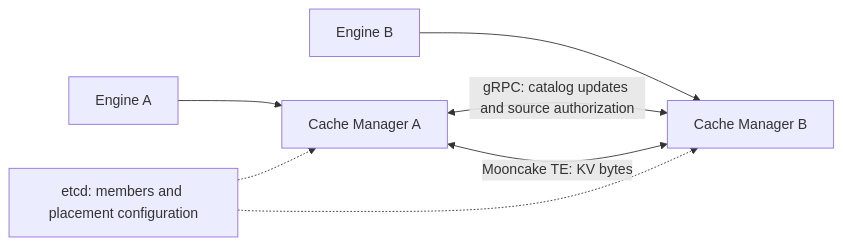
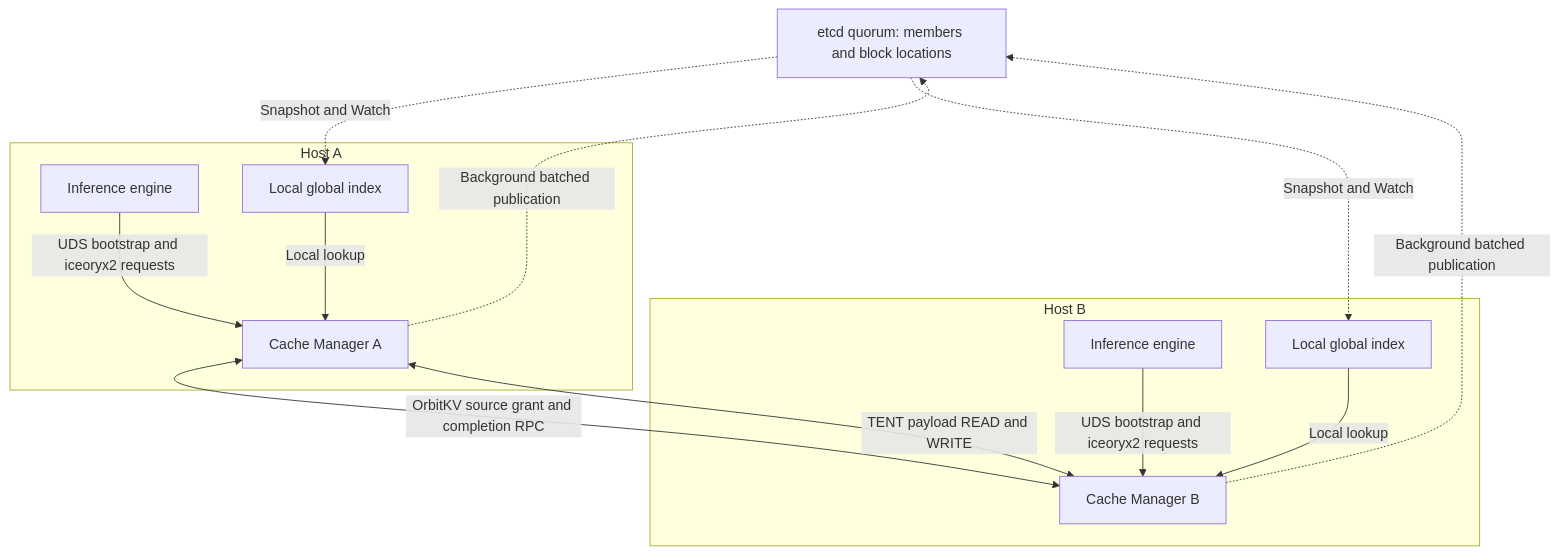
One commit to feichai0017/orbitkv changed the diagram in docs/distributed-cache.md. Above: the diagram before and after it, drawn with Mermaid. The commit also changed other lines of this file and 16 other files, not shown here.

Commit message:
docs: select etcd-backed local global indexes

````diff
--- a/docs/distributed-cache.md
+++ b/docs/distributed-cache.md
@@ -154,9 +144,18 @@
 ```mermaid
-flowchart LR
-    EA[Engine A] --> A[Cache Manager A]
-    EB[Engine B] --> B[Cache Manager B]
-    A <-->|gRPC: catalog updates and source authorization| B
-    A <-->|Mooncake TE: KV bytes| B
-    C[etcd: members and placement configuration] -.-> A
-    C -.-> B
+flowchart TB
+    E[etcd quorum: members and block locations]
+    subgraph A[Host A]
+        EA[Inference engine] -->|UDS bootstrap and iceoryx2 requests| MA[Cache Manager A]
+        IA[Local global index] -->|Local lookup| MA
+    end
+    subgraph B[Host B]
+        EB[Inference engine] -->|UDS bootstrap and iceoryx2 requests| MB[Cache Manager B]
+        IB[Local global index] -->|Local lookup| MB
+    end
+    MA -.->|Background batched publication| E
+    MB -.->|Background batched publication| E
+    E -.->|Snapshot and Watch| IA
+    E -.->|Snapshot and Watch| IB
+    MA <-->|OrbitKV source grant and completion RPC| MB
+    MA <-->|TENT payload READ and WRITE| MB
 ```
````
